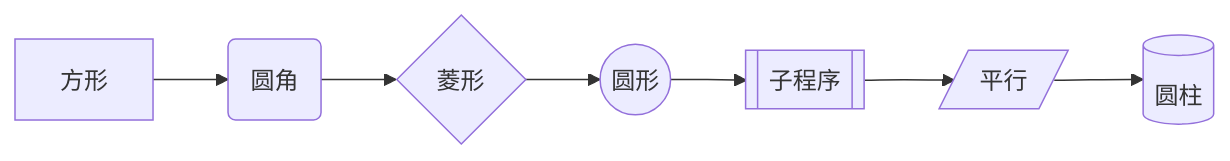
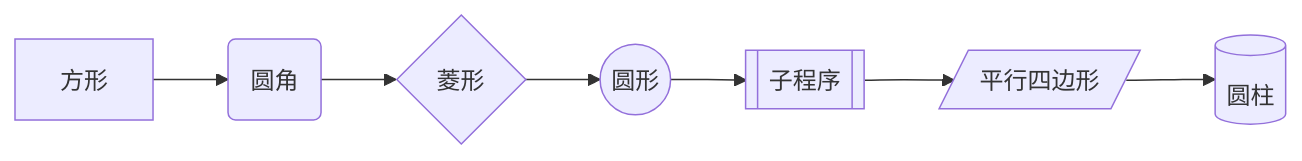
Before and after one commit to dasiwocom/wiki: the first of 10 diagrams in content/Markdown/Mermaid图.md, drawn with Mermaid. The commit also changed other lines of this file and 4 other files, not shown here.

````diff
--- a/content/Markdown/Mermaid图.md
+++ b/content/Markdown/Mermaid图.md
@@ -15,6 +27,6 @@
 ```mermaid
 graph LR
   A[方形] --> B(圆角) --> C{菱形}
   C --> D((圆形)) --> E[[子程序]]
-  E --> F[/平行/] --> G[(圆柱)]
+  E --> F[/平行四边形/] --> G[(圆柱)]
 ```
````
